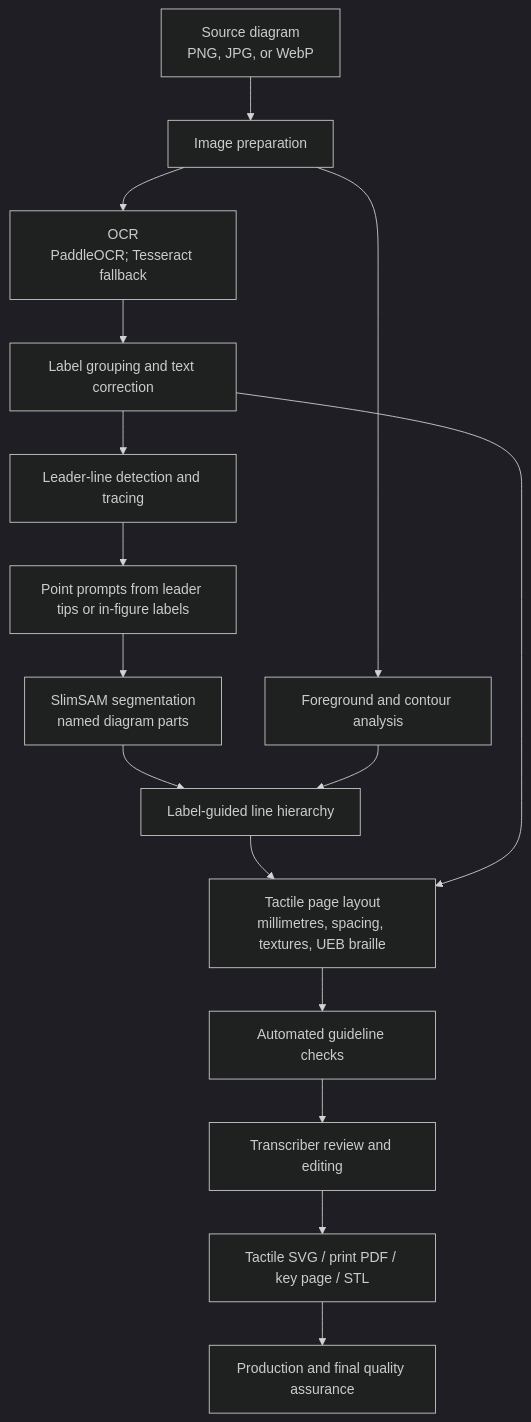
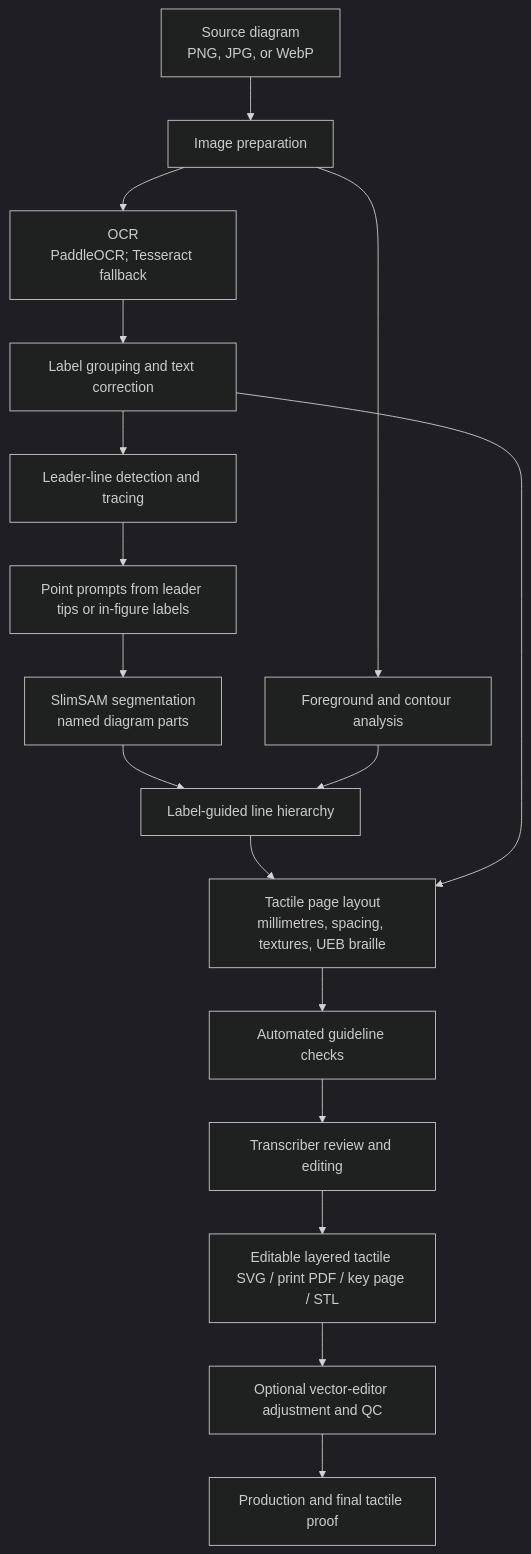
The diagram in README.md (mrhunsaker/TactiDiagram), drawn with Mermaid (dark theme) before and after one commit. The commit also changed other lines of this file, not shown here.

Commit message:
Document editable SVG workflow and vector-editor QC

````diff
--- a/README.md
+++ b/README.md
@@ -29,18 +30,19 @@
 ```mermaid
 flowchart TD
     A["Source diagram<br/>PNG, JPG, or WebP"] --> B["Image preparation"]
     B --> C["OCR<br/>PaddleOCR; Tesseract fallback"]
     C --> D["Label grouping and text correction"]
     D --> E["Leader-line detection and tracing"]
     E --> F["Point prompts from leader tips or in-figure labels"]
     F --> G["SlimSAM segmentation<br/>named diagram parts"]
     B --> H["Foreground and contour analysis"]
     G --> I["Label-guided line hierarchy"]
     H --> I
     I --> J["Tactile page layout<br/>millimetres, spacing, textures, UEB braille"]
     D --> J
     J --> K["Automated guideline checks"]
     K --> L["Transcriber review and editing"]
-    L --> M["Tactile SVG / print PDF / key page / STL"]
-    M --> N["Production and final quality assurance"]
+    L --> M["Editable layered tactile SVG / print PDF / key page / STL"]
+    M --> N["Optional vector-editor adjustment and QC"]
+    N --> O["Production and final tactile proof"]
 ```
````
